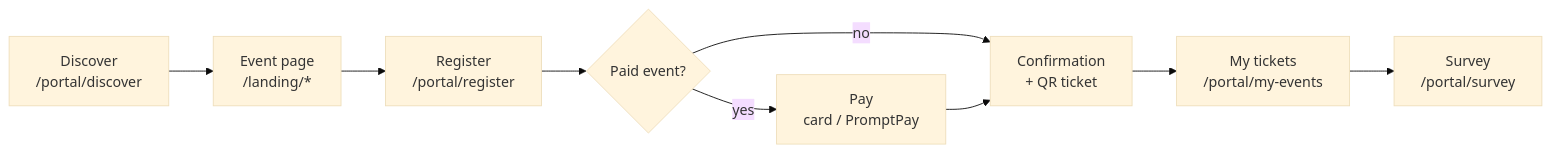
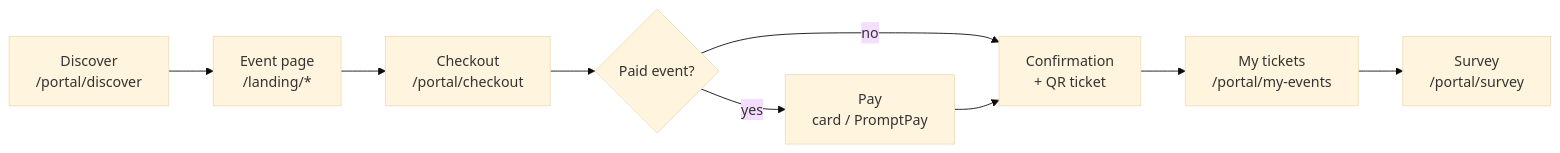
Before and after one commit to kaungkhantdev/eventa-docs: the first of 2 diagrams in 03-ux-ui-design/design-reference.md, drawn with Mermaid (base theme). The commit also changed other lines of this file, not shown here.

First line of the commit message:
docs(ux): portal routes — checkout, attendee sign-up, verify-email

````diff
--- a/03-ux-ui-design/design-reference.md
+++ b/03-ux-ui-design/design-reference.md
@@ -62,11 +64,11 @@
 ```mermaid
 flowchart LR
     A["Discover<br/>/portal/discover"] --> B["Event page<br/>/landing/*"]
-    B --> C["Register<br/>/portal/register"]
+    B --> C["Checkout<br/>/portal/checkout"]
     C --> D{"Paid event?"}
     D -- yes --> E["Pay<br/>card / PromptPay"]
     D -- no --> F["Confirmation<br/>+ QR ticket"]
     E --> F
     F --> G["My tickets<br/>/portal/my-events"]
     G --> H["Survey<br/>/portal/survey"]
 ```
````
